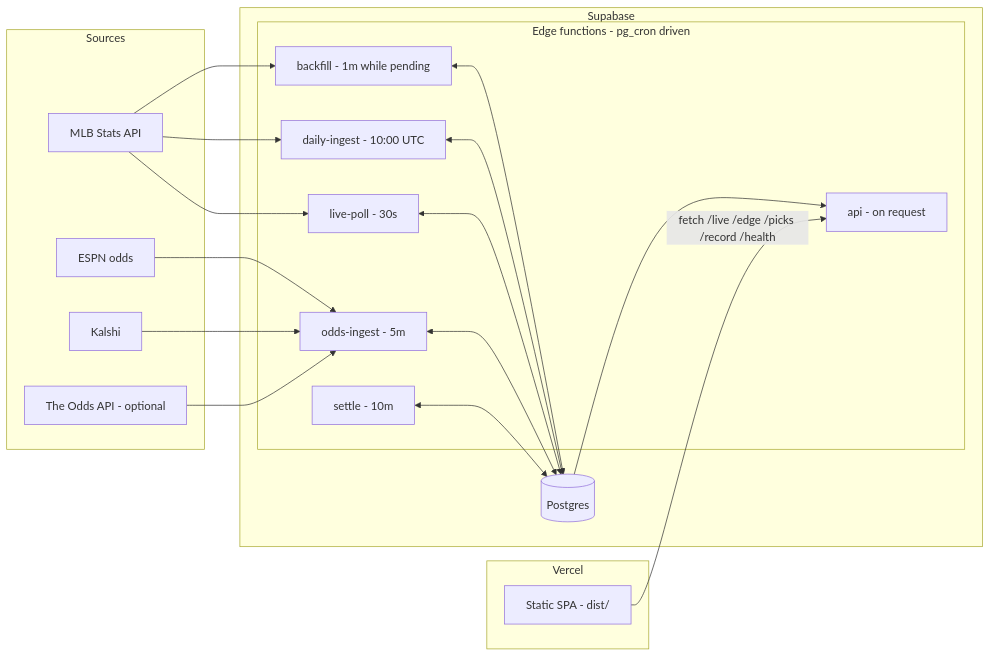
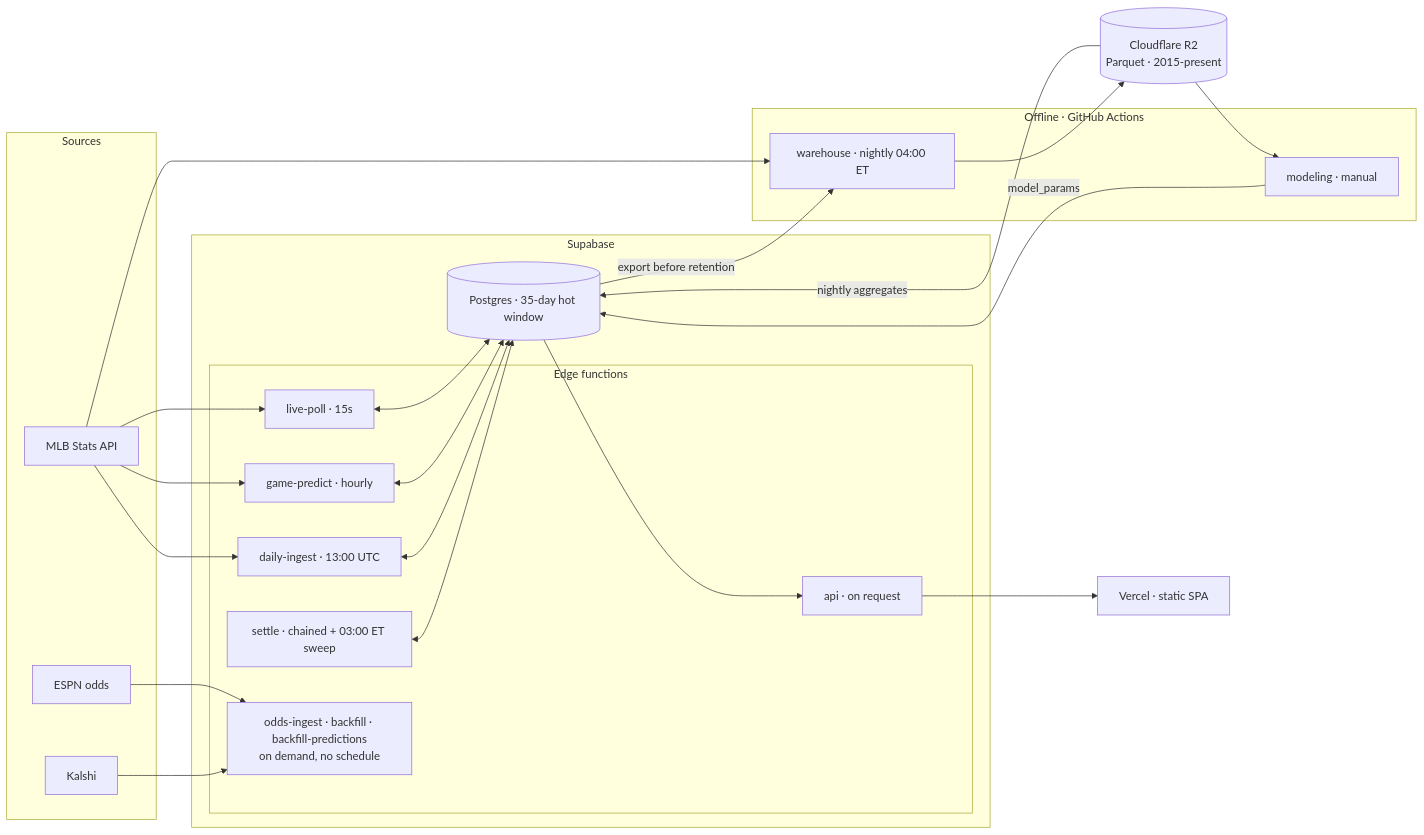
One commit to danielmac96/pitch-hawk changed the diagram in README.md. Above: the diagram before and after it, drawn with Mermaid. The commit also changed other lines of this file and 12 other files, not shown here.

````diff
--- a/README.md
+++ b/README.md
@@ -63,30 +72,34 @@
 ```mermaid
 flowchart LR
     subgraph Sources
         MLB[MLB Stats API]
         ESPN[ESPN odds]
         KAL[Kalshi]
-        TOA[The Odds API - optional]
     end
     subgraph Supabase
-        subgraph EdgeFunctions[Edge functions - pg_cron driven]
-            BF[backfill - 1m while pending]
-            DI[daily-ingest - 10:00 UTC]
-            LP[live-poll - 30s]
-            OI[odds-ingest - 5m]
-            ST[settle - 10m]
-            API[api - on request]
+        subgraph EF[Edge functions]
+            LP[live-poll · 15s]
+            GP[game-predict · hourly]
+            DI[daily-ingest · 13:00 UTC]
+            ST[settle · chained + 03:00 ET sweep]
+            API[api · on request]
+            OTH[odds-ingest · backfill · backfill-predictions<br/>on demand, no schedule]
         end
-        PG[(Postgres)]
+        PG[(Postgres · 35-day hot window)]
     end
-    subgraph Vercel
-        FE[Static SPA - dist/]
+    subgraph Offline[Offline · GitHub Actions]
+        WH[warehouse · nightly 04:00 ET]
+        ML[modeling · manual]
     end
-    MLB --> BF & DI & LP
-    ESPN --> OI
-    KAL --> OI
-    TOA --> OI
-    BF & DI & LP & OI & ST <--> PG
-    PG --> API
-    FE -->|fetch /live /edge /picks /record /health| API
+    R2[(Cloudflare R2<br/>Parquet · 2015-present)]
+    FE[Vercel · static SPA]
+
+    MLB --> LP & GP & DI
+    ESPN & KAL --> OTH
+    LP & GP & DI & ST <--> PG
+    PG --> API --> FE
+    MLB --> WH --> R2
+    PG -->|export before retention| WH
+    R2 --> ML -->|model_params| PG
+    R2 -->|nightly aggregates| PG
 ```
````
